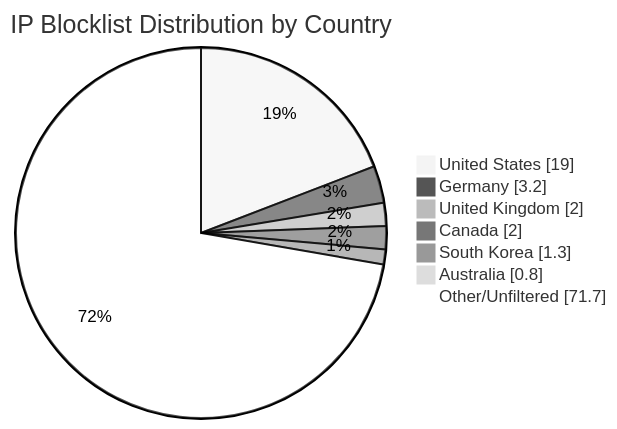
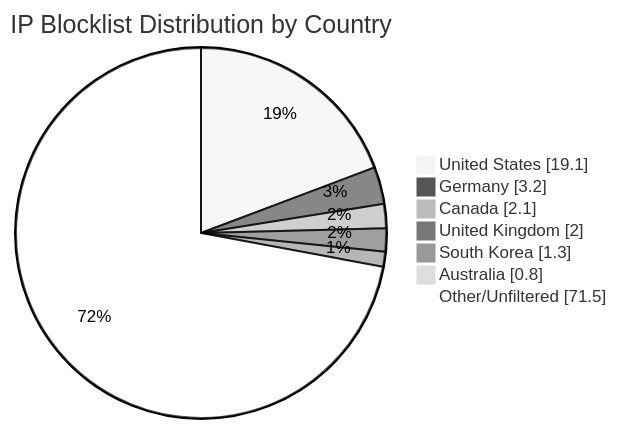
The diagram in README.md (MarcusHoltz/ipblocklist-geofiltered-aggregator), drawn with Mermaid (neutral theme) before and after one commit. The commit also changed other lines of this file and 9 other files, not shown here.

````diff
--- a/README.md
+++ b/README.md
@@ -34,10 +34,10 @@
 ```mermaid
 pie showData title IP Blocklist Distribution by Country
-"United States" : 19.0
+"United States" : 19.1
 "Germany" : 3.2
+"Canada" : 2.1
 "United Kingdom" : 2.0
-"Canada" : 2.0
 "South Korea" : 1.3
 "Australia" : 0.8
-"Other/Unfiltered" : 71.7
+"Other/Unfiltered" : 71.5
 ```
````
